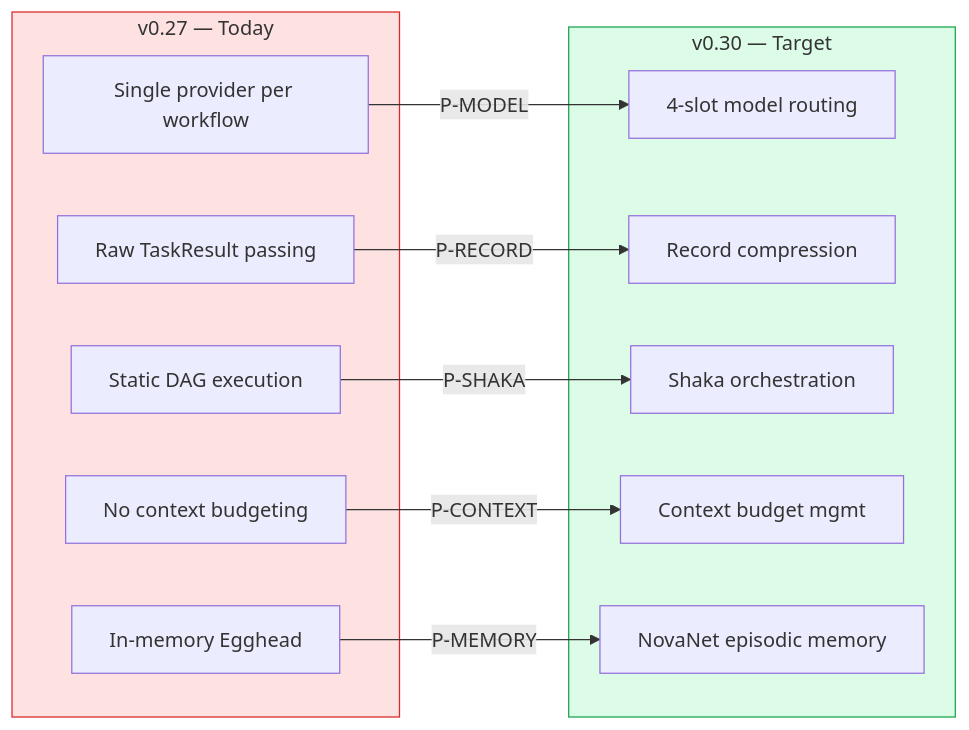
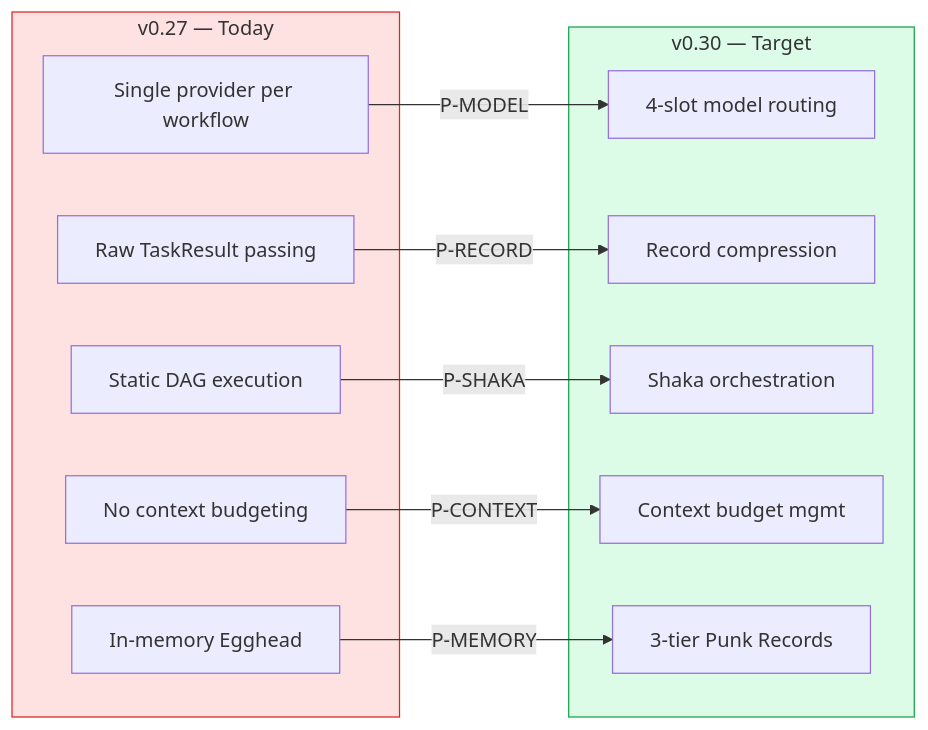
The first of 8 diagrams in docs/brainstorm/nika-evolution/05-evolution-roadmap.md (supernovae-st/nika), drawn with Mermaid before and after one commit. The commit also changed other lines of this file and 10 other files, not shown here.

First line of the commit message:
docs(brainstorm): establish 3-tier Punk Records memory architecture

````diff
--- a/docs/brainstorm/nika-evolution/05-evolution-roadmap.md
+++ b/docs/brainstorm/nika-evolution/05-evolution-roadmap.md
@@ -12,27 +12,27 @@
 ```mermaid
 flowchart LR
     subgraph TODAY["v0.27 — Today"]
         T1["Single provider per workflow"]
         T2["Raw TaskResult passing"]
         T3["Static DAG execution"]
         T4["No context budgeting"]
         T5["In-memory Egghead"]
     end
 
     subgraph TOMORROW["v0.30 — Target"]
         F1["4-slot model routing"]
         F2["Record compression"]
         F3["Shaka orchestration"]
         F4["Context budget mgmt"]
-        F5["NovaNet episodic memory"]
+        F5["3-tier Punk Records"]
     end
 
     T1 -->|"P-MODEL"| F1
     T2 -->|"P-RECORD"| F2
     T3 -->|"P-SHAKA"| F3
     T4 -->|"P-CONTEXT"| F4
     T5 -->|"P-MEMORY"| F5
 
     style TODAY fill:#fee2e2,stroke:#dc2626
     style TOMORROW fill:#dcfce7,stroke:#16a34a
 ```
````
